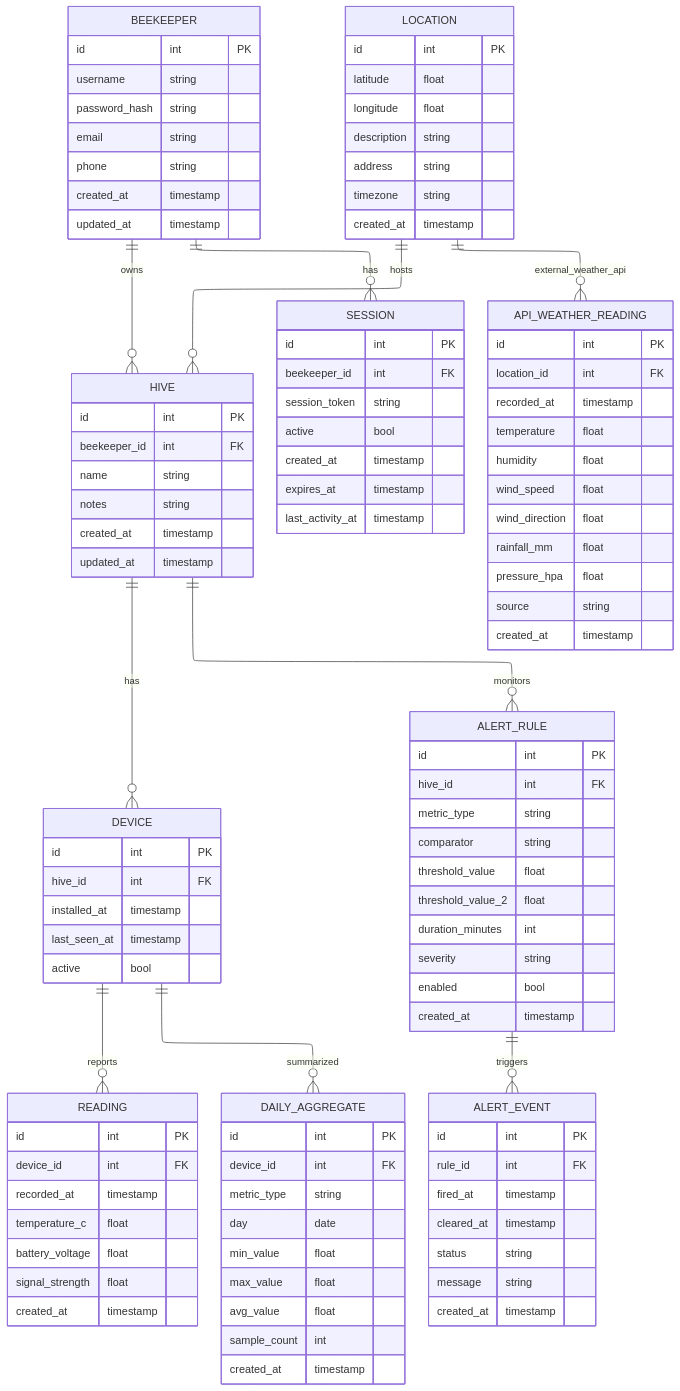
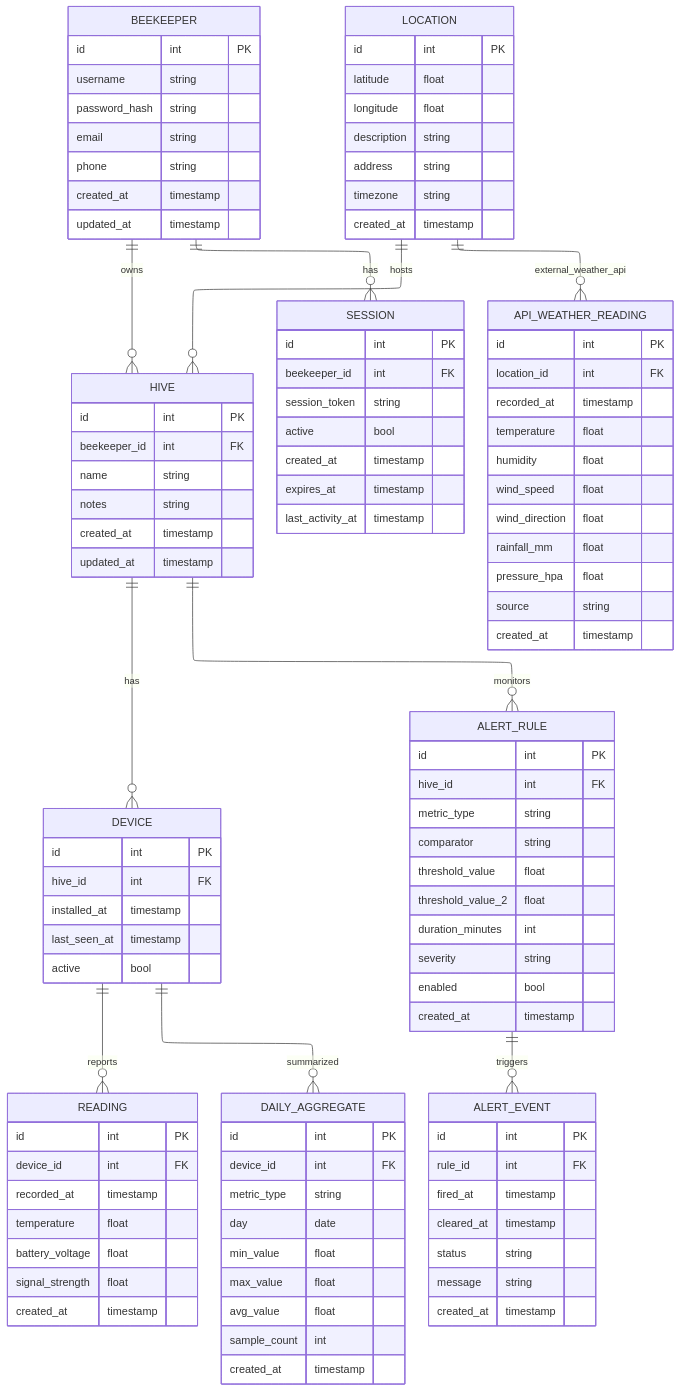
One commit to austinjclifton/Asheville changed the diagram in backend/docs/asheville_erd_2.mmd. Above: the diagram before and after it, drawn with Mermaid. The commit also changed 6 other files, not shown here.

```diff
--- a/backend/docs/asheville_erd_2.mmd
+++ b/backend/docs/asheville_erd_2.mmd
@@ -1,122 +1,122 @@
 ---
 config:
   layout: elk
 ---
 erDiagram
     direction TB
 
     BEEKEEPER {
         id int PK
         username string
         password_hash string
         email string
         phone string
         created_at timestamp
         updated_at timestamp
     }
 
     HIVE {
         id int PK
         beekeeper_id int FK
         name string
         notes string
         created_at timestamp
         updated_at timestamp
     }
 
     SESSION {
         id int PK
         beekeeper_id int FK
         session_token string
         active bool
         created_at timestamp
         expires_at timestamp
         last_activity_at timestamp
     }
 
     DEVICE {
         id int PK
         hive_id int FK
         installed_at timestamp
         last_seen_at timestamp
         active bool
     }
 
     READING {
         id int PK
         device_id int FK
         recorded_at timestamp
-        temperature_c float
+        temperature float
         battery_voltage float
         signal_strength float
         created_at timestamp
     }
 
     LOCATION {
         id int PK
         latitude float
         longitude float
         description string
         address string
         timezone string
         created_at timestamp
     }
 
     API_WEATHER_READING {
         id int PK
         location_id int FK
         recorded_at timestamp
         temperature float
         humidity float
         wind_speed float
         wind_direction float
         rainfall_mm float
         pressure_hpa float
         source string
         created_at timestamp
     }
 
     DAILY_AGGREGATE {
         id int PK
         device_id int FK
         metric_type string
         day date
         min_value float
         max_value float
         avg_value float
         sample_count int
         created_at timestamp
     }
 
     ALERT_RULE {
         id int PK
         hive_id int FK
         metric_type string
         comparator string
         threshold_value float
         threshold_value_2 float
         duration_minutes int
         severity string
         enabled bool
         created_at timestamp
     }
 
     ALERT_EVENT {
         id int PK
         rule_id int FK
         fired_at timestamp
         cleared_at timestamp
         status string
         message string
         created_at timestamp
     }
 
     BEEKEEPER ||--o{ HIVE : owns
     BEEKEEPER ||--o{ SESSION : has
     LOCATION ||--o{ HIVE : hosts
     LOCATION ||--o{ API_WEATHER_READING : external_weather_api
     HIVE ||--o{ DEVICE : has
     DEVICE ||--o{ READING : reports
     DEVICE ||--o{ DAILY_AGGREGATE : summarized
     HIVE ||--o{ ALERT_RULE : monitors
     ALERT_RULE ||--o{ ALERT_EVENT : triggers
```
